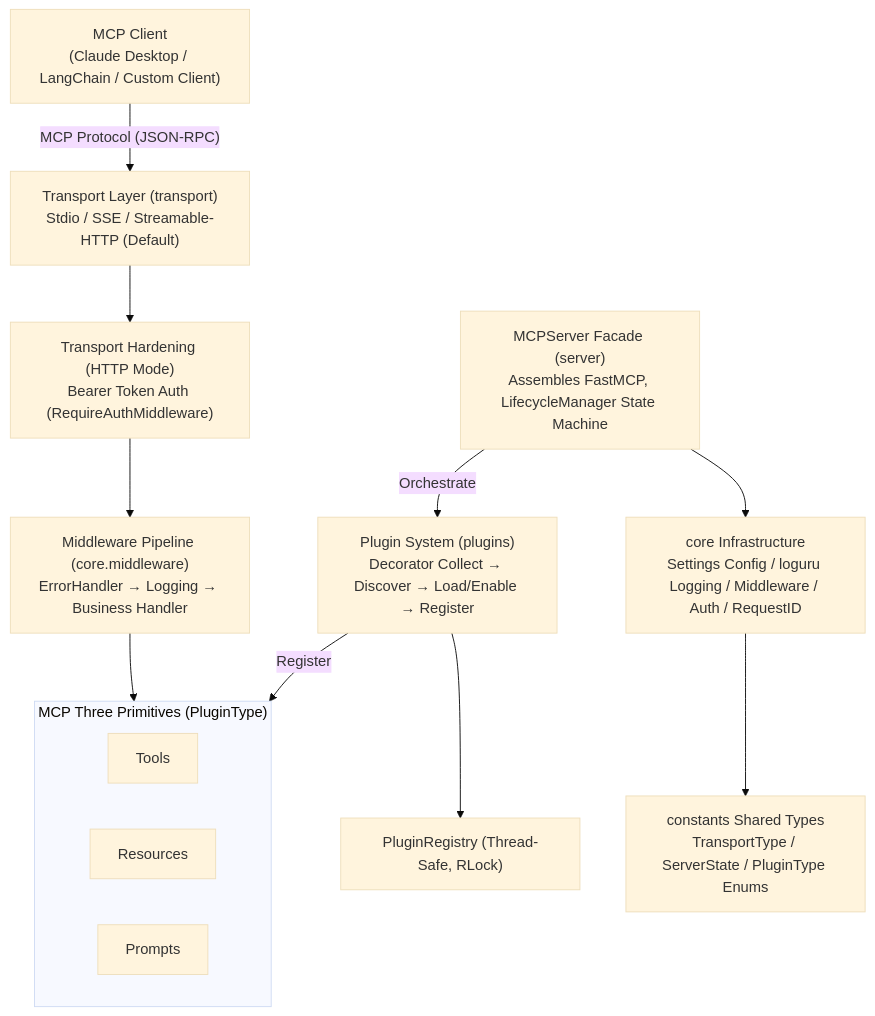
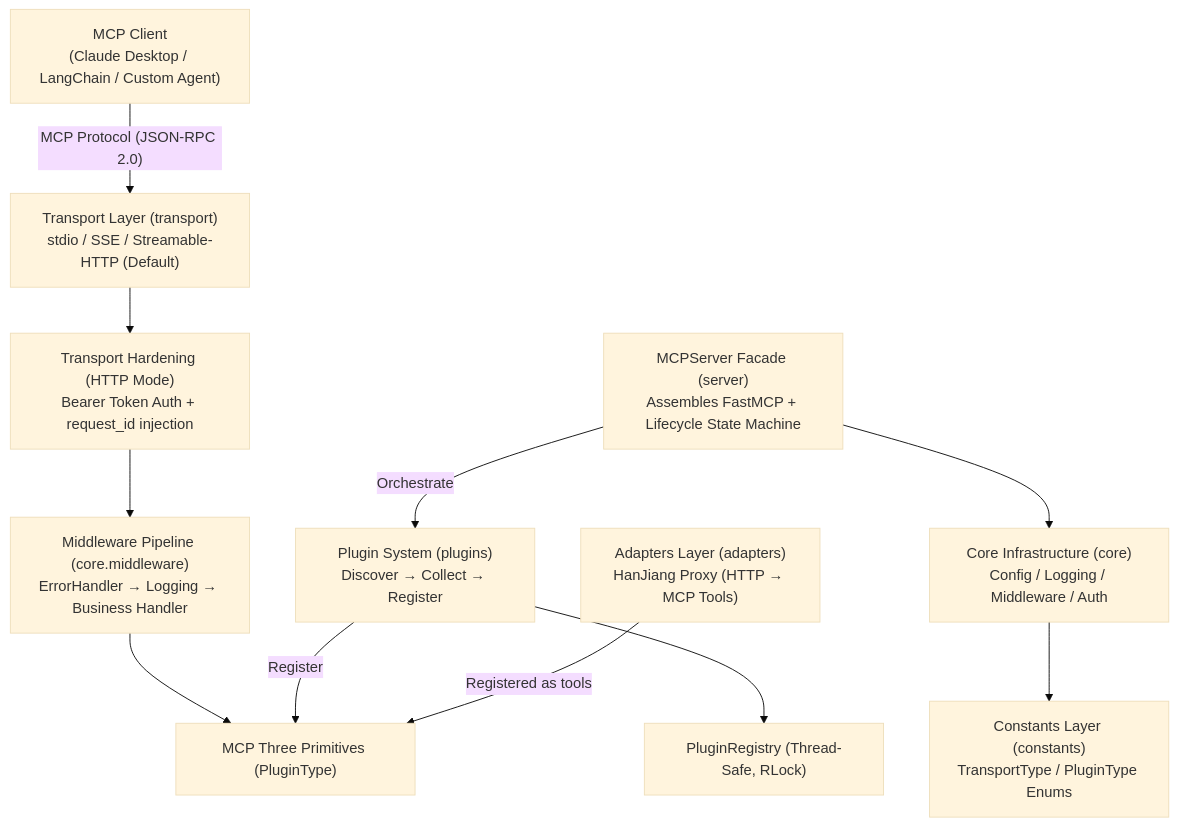
The first of 4 diagrams in README.en.md (chain-engine/x-QiuChi), drawn with Mermaid (base theme) before and after one commit. The commit also changed other lines of this file and 15 other files, not shown here.

````diff
--- a/README.en.md
+++ b/README.en.md
@@ -385,28 +280,25 @@
 ```mermaid
 flowchart TD
-    A["MCP Client<br/>(Claude Desktop / LangChain / Custom Client)"]
-    B["Transport Layer (transport)<br/>Stdio / SSE / Streamable-HTTP (Default)"]
-    B1["Transport Hardening (HTTP Mode)<br/>Bearer Token Auth (RequireAuthMiddleware)"]
+    A["MCP Client<br/>(Claude Desktop / LangChain / Custom Agent)"]
+    B["Transport Layer (transport)<br/>stdio / SSE / Streamable-HTTP (Default)"]
+    B1["Transport Hardening (HTTP Mode)<br/>Bearer Token Auth + request_id injection"]
     C["Middleware Pipeline (core.middleware)<br/>ErrorHandler → Logging → Business Handler"]
-    subgraph D["MCP Three Primitives (PluginType)"]
-        direction LR
-        D1["Tools"]
-        D2["Resources"]
-        D3["Prompts"]
-    end
-    E["Plugin System (plugins)<br/>Decorator Collect → Discover → Load/Enable → Register"]
+    D["MCP Three Primitives (PluginType)"]
+    E["Plugin System (plugins)<br/>Discover → Collect → Register"]
     F["PluginRegistry (Thread-Safe, RLock)"]
-    G["MCPServer Facade (server)<br/>Assembles FastMCP, LifecycleManager State Machine"]
-    H["core Infrastructure<br/>Settings Config / loguru Logging / Middleware / Auth / RequestID"]
-    I["constants Shared Types<br/>TransportType / ServerState / PluginType Enums"]
+    G["MCPServer Facade (server)<br/>Assembles FastMCP + Lifecycle State Machine"]
+    H["Core Infrastructure (core)<br/>Config / Logging / Middleware / Auth"]
+    I["Constants Layer (constants)<br/>TransportType / PluginType Enums"]
+    J["Adapters Layer (adapters)<br/>HanJiang Proxy (HTTP → MCP Tools)"]
 
-    A -->|"MCP Protocol (JSON-RPC)"| B
+    A -->|"MCP Protocol (JSON-RPC 2.0)"| B
     B --> B1
     B1 --> C
     C --> D
     E -->|"Register"| D
     E --> F
     G -->|"Orchestrate"| E
     G --> H
     H --> I
+    J -->|"Registered as tools"| D
 ```
````
